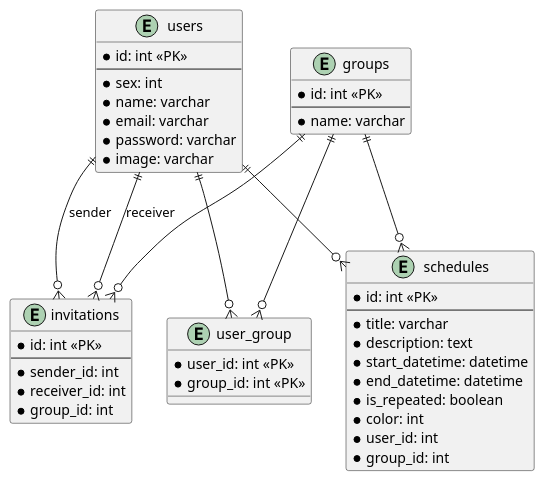
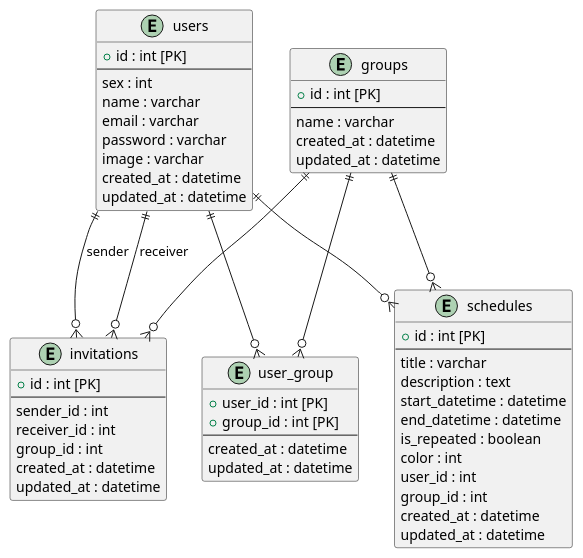
The diagram in ER.pu (bwkw/sharely), drawn with PlantUML before and after one commit.

Commit message:
:sparkles: Change ER

```diff
--- a/ER.pu
+++ b/ER.pu
@@ -1,53 +1,64 @@
 @startuml
 
-entity "users" {
-    * id: int <<PK>>
+entity "users" as users {
+    + id : int [PK]
     --
-    * sex: int
-    * name: varchar
-    * email: varchar
-    * password: varchar
-    * image: varchar
+    sex : int
+    name : varchar
+    email : varchar
+    password : varchar
+    image : varchar
+    created_at : datetime
+    updated_at : datetime
 }
 
-entity "groups" {
-    * id: int <<PK>>
+entity "groups" as groups {
+    + id : int [PK]
     --
-    * name: varchar
+    name : varchar
+    created_at : datetime
+    updated_at : datetime
 }
 
-entity "user_group" {
-    * user_id: int <<PK>>
-    * group_id: int <<PK>>
+entity "user_group" as user_group {
+    + user_id : int [PK]
+    + group_id : int [PK]
+    --
+    created_at : datetime
+    updated_at : datetime
 }
 
-entity "schedules" {
-    * id: int <<PK>>
+entity "schedules" as schedules {
+    + id : int [PK]
     --
-    * title: varchar
-    * description: text
-    * start_datetime: datetime
-    * end_datetime: datetime
-    * is_repeated: boolean
-    * color: int
-    * user_id: int
-    * group_id: int
+    title : varchar
+    description : text
+    start_datetime : datetime
+    end_datetime : datetime
+    is_repeated : boolean
+    color : int
+    user_id : int
+    group_id : int
+    created_at : datetime
+    updated_at : datetime
 }
 
-entity "invitations" {
-    * id: int <<PK>>
+entity "invitations" as invitations {
+    + id : int [PK]
     --
-    * sender_id: int
-    * receiver_id: int
-    * group_id: int
+    sender_id : int
+    receiver_id : int
+    group_id : int
+    created_at : datetime
+    updated_at : datetime
 }
 
 users ||--o{ user_group
 groups ||--o{ user_group
 users ||--o{ schedules
 groups ||--o{ schedules
 users ||--o{ invitations : sender
 users ||--o{ invitations : receiver
 groups ||--o{ invitations
 
 @enduml
```
